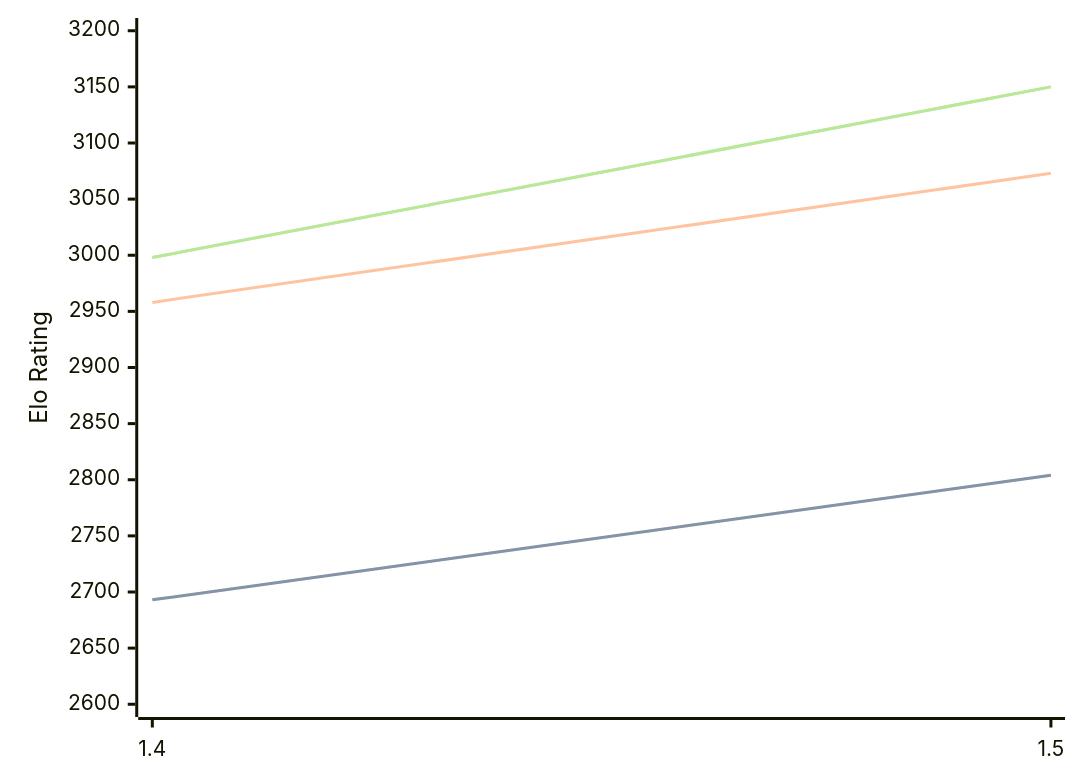
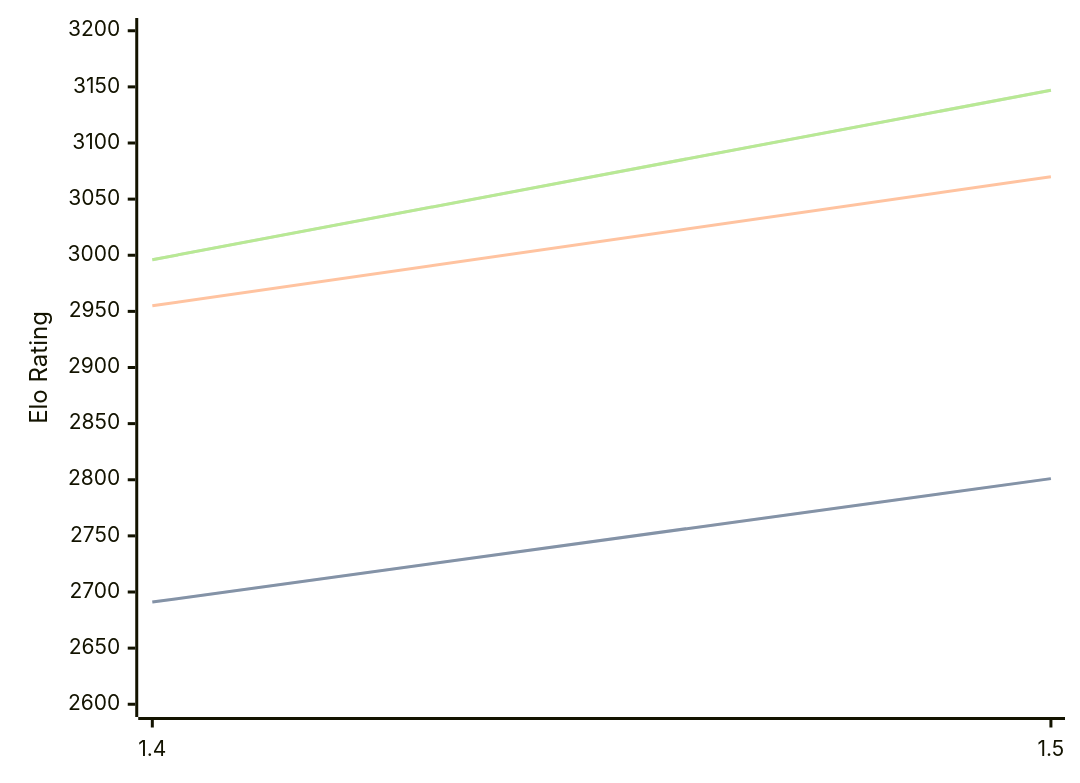
Before and after one commit to computer-chess-index/cci: the diagram in engines/Yakka.md, drawn with Mermaid. The commit also changed other lines of this file, not shown here.

Commit message:
Update CCI Ratings (ELO VLTC) - 2026-04-23

````diff
--- a/engines/Yakka.md
+++ b/engines/Yakka.md
@@ -36,11 +36,11 @@
 ```mermaid
 %%{init: {"theme":"base","themeVariables":{"seriesColors:['#a3a3a3','#222221','#faa371']}}}%%
 xychart-beta
   x-axis ["1.4", "1.5"]
   y-axis "Elo Rating" 2600 --> 3200
-  line "STC (8.0+0.08s)" [2693, 2804]
-  line "STC (8.0+0.08s)" [2693, 2804]
-  line "LTC (60.0+0.60s)" [2958, 3073]
-  line "VLTC (2m24s+1.12s)" [2998, 3150]
-  line "VLTC (2m24s+1.12s)" [2998, 3150]
+  line "STC (8.0+0.08s)" [2691, 2801]
+  line "STC (8.0+0.08s)" [2691, 2801]
+  line "LTC (60.0+0.60s)" [2955, 3070]
+  line "VLTC (2m24s+1.12s)" [2996, 3147]
+  line "VLTC (2m24s+1.12s)" [2996, 3147]
 ```
````
